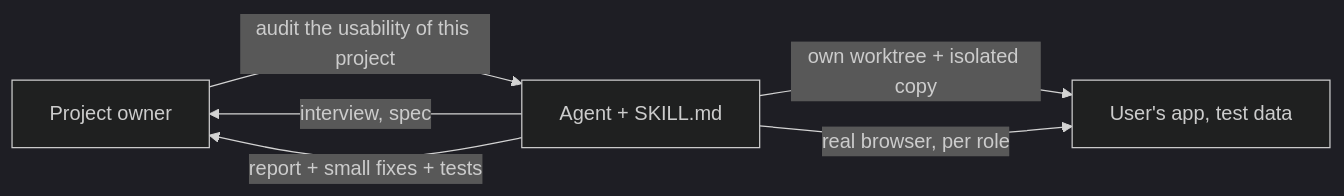
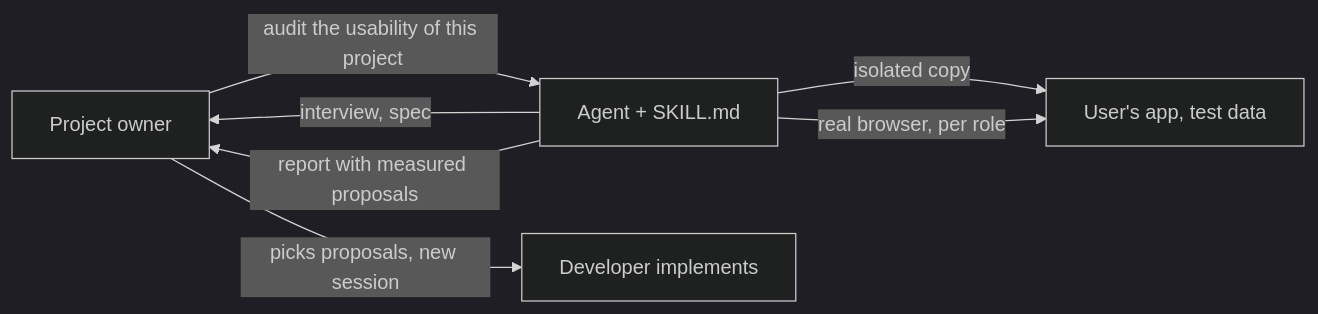
The diagram in ARCHITECTURE.md (PapiScholz/usability-walkthrough), drawn with Mermaid (dark theme) before and after one commit. The commit also changed other lines of this file and 9 other files, not shown here.

First line of the commit message:
Lead with measured simplifications and stop at the report

````diff
--- a/ARCHITECTURE.md
+++ b/ARCHITECTURE.md
@@ -9,8 +9,9 @@
 ```mermaid
 flowchart LR
   U[Project owner] -->|"audit the usability of this project"| A[Agent + SKILL.md]
   A -->|interview, spec| U
-  A -->|own worktree + isolated copy| P[User's app, test data]
+  A -->|isolated copy| P[User's app, test data]
   A -->|real browser, per role| P
-  A -->|report + small fixes + tests| U
+  A -->|report with measured proposals| U
+  U -->|picks proposals, new session| D[Developer implements]
 ```
````
